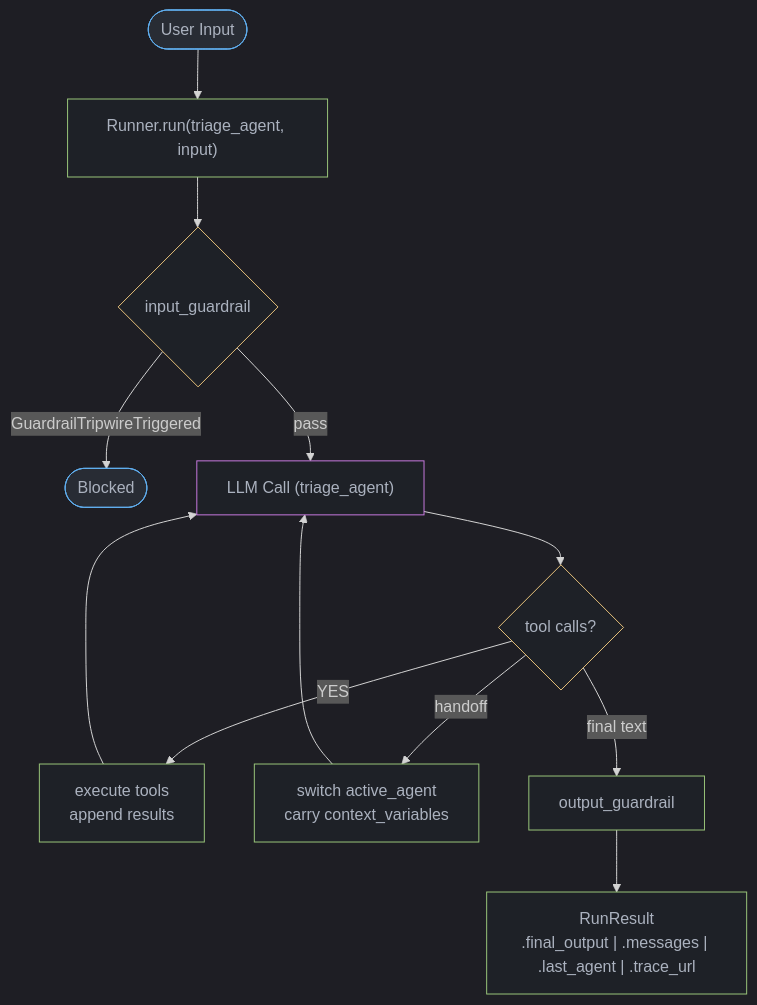
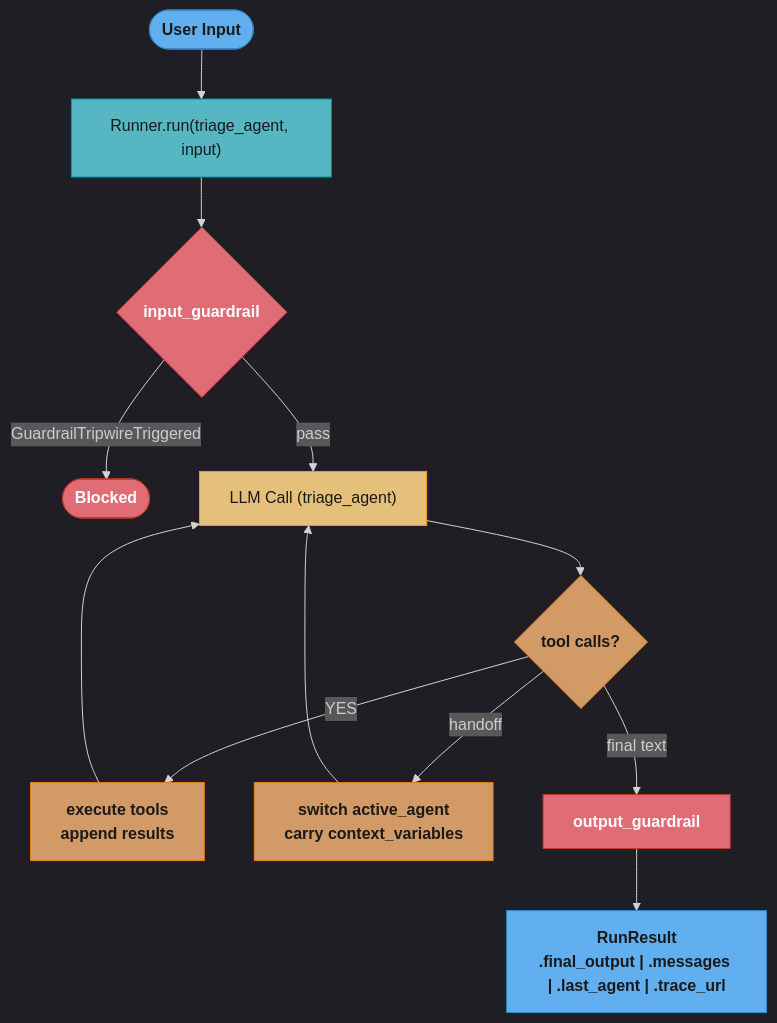
Before and after one commit to rppol/system-design: the second of 2 diagrams in src/main/java/com/rutik/systemdesign/llm/multi_agent_systems/openai_swarm_and_handoffs.md, drawn with Mermaid. The commit also changed other lines of this file and 88 other files, not shown here.

````diff
--- a/src/main/java/com/rutik/systemdesign/llm/multi_agent_systems/openai_swarm_and_handoffs.md
+++ b/src/main/java/com/rutik/systemdesign/llm/multi_agent_systems/openai_swarm_and_handoffs.md
@@ -135,23 +140,26 @@
 ```mermaid
 %%{init: {'flowchart': {'curve': 'basis'}, 'theme': 'dark'}}%%
 flowchart TD
+    classDef io      fill:#61afef,stroke:#2e86c1,color:#1a1a1a,font-weight:bold
+    classDef frozen  fill:#c678dd,stroke:#9b59b6,color:#fff
+    classDef train   fill:#98c379,stroke:#27ae60,color:#1a1a1a
+    classDef mathOp  fill:#d19a66,stroke:#e67e22,color:#1a1a1a,font-weight:bold
+    classDef lossN   fill:#e06c75,stroke:#c0392b,color:#fff,font-weight:bold
+    classDef req     fill:#56b6c2,stroke:#0097a7,color:#1a1a1a
+    classDef base    fill:#e5c07b,stroke:#f39c12,color:#1a1a1a
+
     Input([User Input]) --> RunnerRun["Runner.run(triage_agent, input)"]
     RunnerRun --> Guard{"input_guardrail"}
     Guard -- "GuardrailTripwireTriggered" --> Blocked([Blocked])
     Guard -- pass --> LLMCall["LLM Call (triage_agent)"]
     LLMCall --> ToolCalls{"tool calls?"}
     ToolCalls -- YES --> ExecTools["execute tools\nappend results"] --> LLMCall
     ToolCalls -- handoff --> Switch["switch active_agent\ncarry context_variables"] --> LLMCall
     ToolCalls -- "final text" --> OutGuard["output_guardrail"] --> Result["RunResult\n.final_output | .messages | .last_agent | .trace_url"]
 
-    classDef io     fill:#282c34,stroke:#61afef,color:#abb2bf
-    classDef proc   fill:#1e2127,stroke:#98c379,color:#abb2bf
-    classDef llm    fill:#1e2127,stroke:#c678dd,color:#abb2bf
-    classDef decide fill:#1e2127,stroke:#e5c07b,color:#abb2bf
-    classDef warn   fill:#1e2127,stroke:#e06c75,color:#abb2bf
-
-    class Input,Blocked io
-    class RunnerRun,ExecTools,Switch,OutGuard,Result proc
-    class LLMCall llm
-    class Guard,ToolCalls decide
+    class Input,Result io
+    class RunnerRun req
+    class Guard,OutGuard,Blocked lossN
+    class LLMCall base
+    class ToolCalls,ExecTools,Switch mathOp
 ```
````
